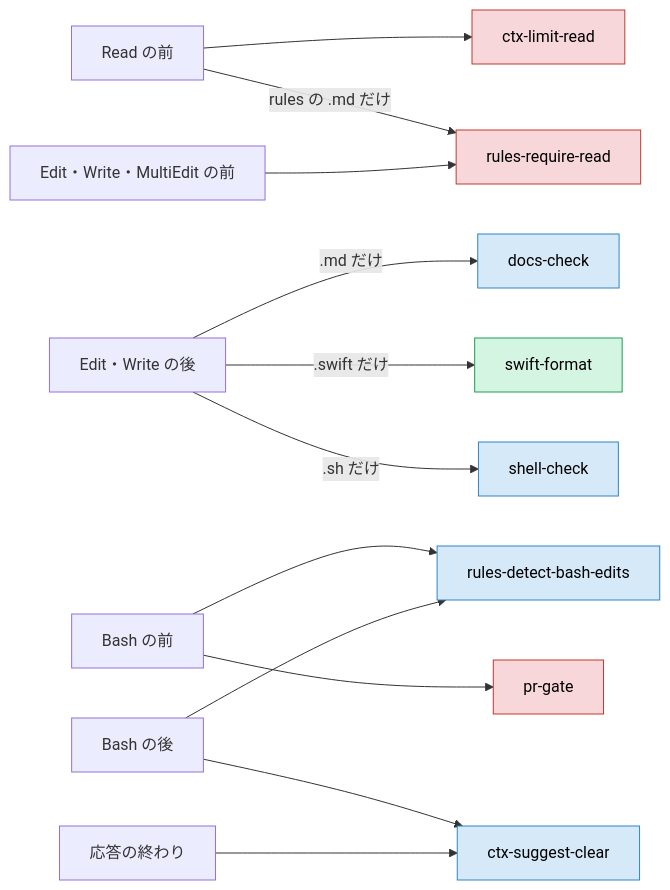
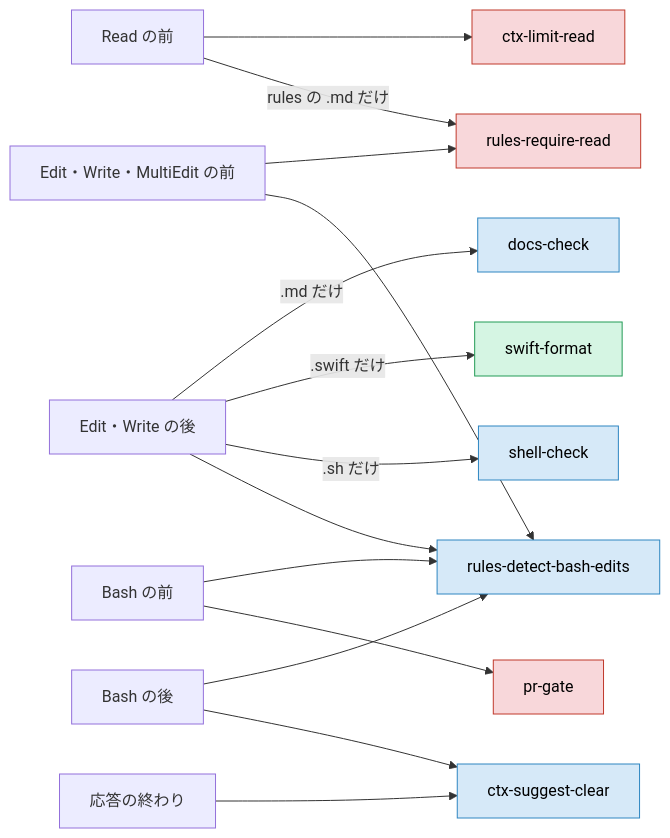
Before and after one commit to yossibank/claude-config: the third of 4 diagrams in README.md, drawn with Mermaid. The commit also changed other lines of this file and 20 other files, not shown here.

````diff
--- a/README.md
+++ b/README.md
@@ -139,21 +139,23 @@
 ```mermaid
 flowchart LR
     readBefore["Read の前"] --> limit["ctx-limit-read"]
     readBefore -->|rules の .md だけ| require["rules-require-read"]
     editBefore["Edit・Write・MultiEdit の前"] --> require
+    editBefore --> detect["rules-detect-bash-edits"]
     editAfter["Edit・Write の後"] -->|.md だけ| docs["docs-check"]
     editAfter -->|.swift だけ| swift["swift-format"]
     editAfter -->|.sh だけ| shell["shell-check"]
-    bashBefore["Bash の前"] --> detect["rules-detect-bash-edits"]
+    editAfter --> detect
+    bashBefore["Bash の前"] --> detect
     bashBefore --> gate["pr-gate"]
     bashAfter["Bash の後"] --> detect
     bashAfter --> clear["ctx-suggest-clear"]
     stop["応答の終わり"] --> clear
 
     classDef block fill:#f8d7da,stroke:#c0392b,color:#000
     classDef inform fill:#d6e9f8,stroke:#2e86c1,color:#000
     classDef tidy fill:#d5f5e3,stroke:#239b56,color:#000
     class limit,require,gate block
     class docs,shell,detect,clear inform
     class swift tidy
 ```
````
